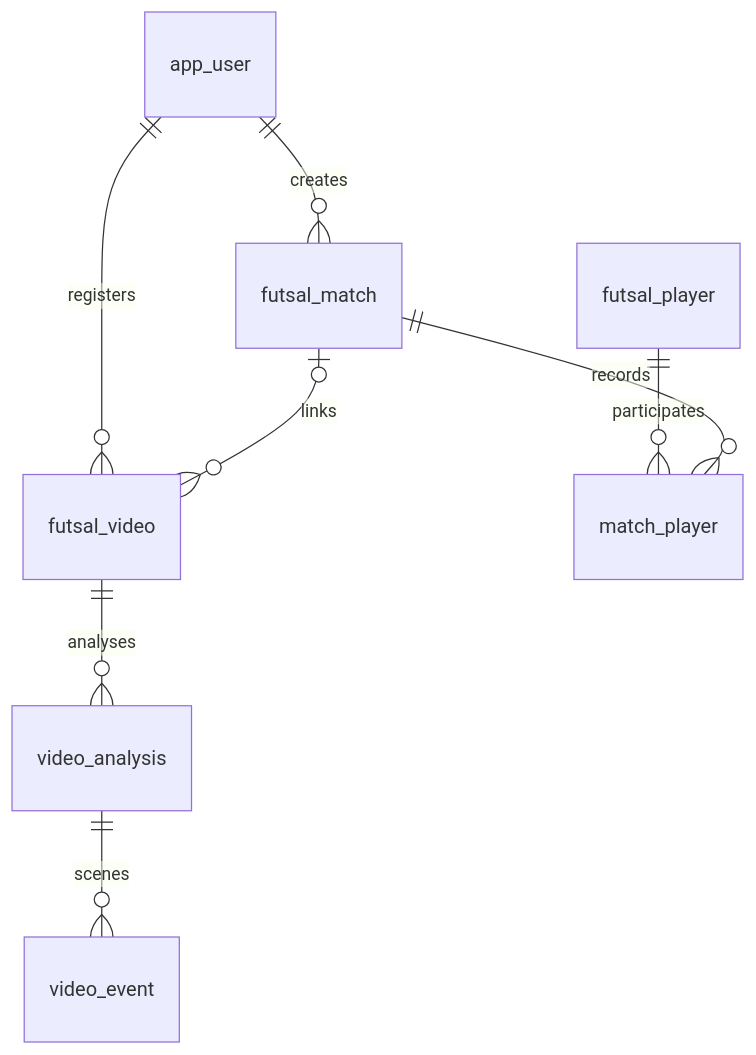
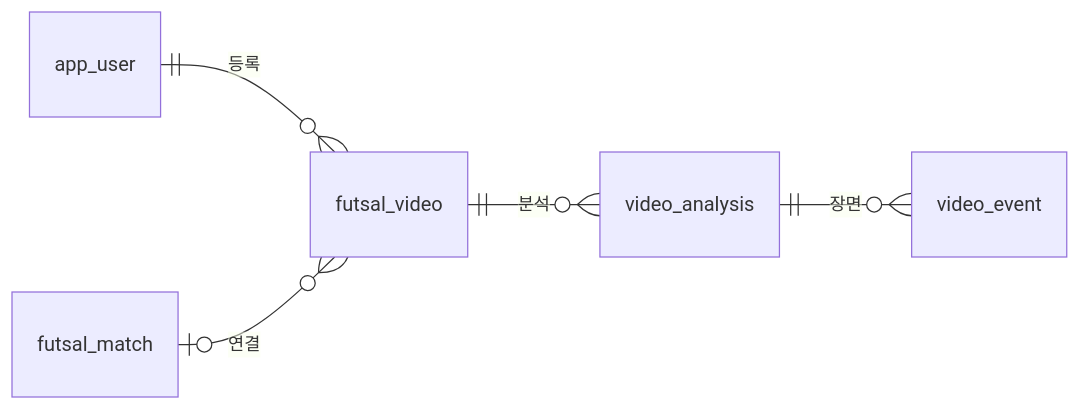
Before and after one commit to YuNi-100/futsal_match: the second of 2 diagrams in README.md, drawn with Mermaid. The commit also changed other lines of this file, not shown here.

Commit message:
docs: separate ER diagrams and shorten relation labels for readability

````diff
--- a/README.md
+++ b/README.md
@@ -166,10 +180,8 @@
 ```mermaid
 erDiagram
-    app_user ||--o{ futsal_match : creates
-    app_user ||--o{ futsal_video : registers
-    futsal_player ||--o{ match_player : participates
-    futsal_match ||--o{ match_player : records
-    futsal_match o|--o{ futsal_video : links
-    futsal_video ||--o{ video_analysis : analyses
-    video_analysis ||--o{ video_event : scenes
+    direction LR
+    app_user ||--o{ futsal_video : 등록
+    futsal_match o|--o{ futsal_video : 연결
+    futsal_video ||--o{ video_analysis : 분석
+    video_analysis ||--o{ video_event : 장면
 ```
````
